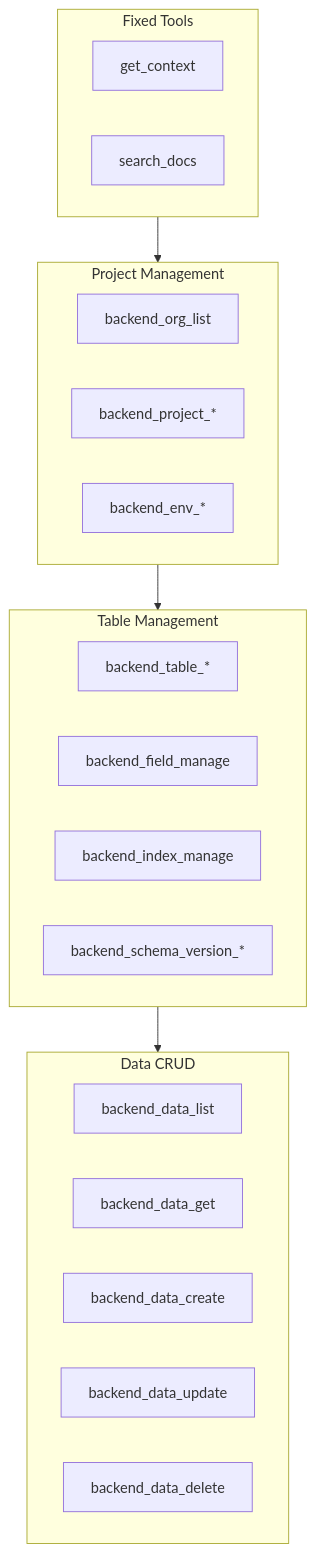
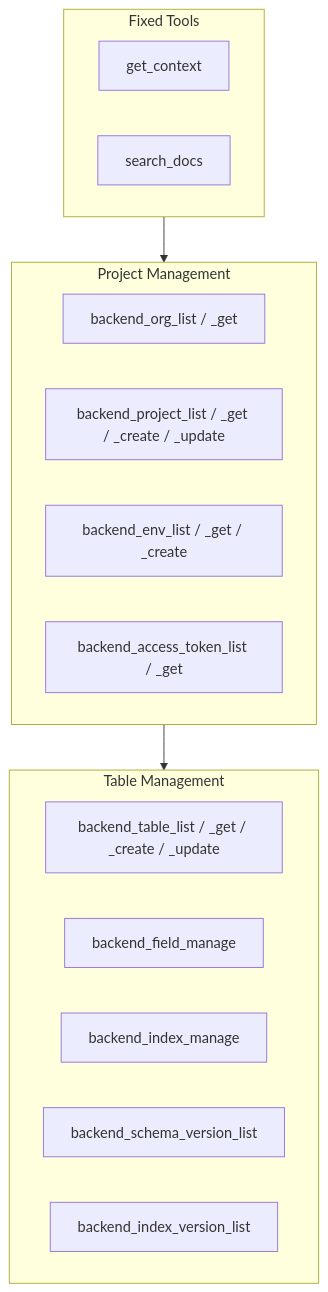
One commit to popup-studio-ai/bkend-docs changed the diagram in en/mcp/01-overview.md. Above: the diagram before and after it, drawn with Mermaid. The commit also changed other lines of this file and 424 other files, not shown here.

````diff
--- a/en/mcp/01-overview.md
+++ b/en/mcp/01-overview.md
@@ -68,32 +72,25 @@
 ```mermaid
 graph TD
     subgraph Fixed["Fixed Tools"]
         A[get_context]
         B[search_docs]
     end
 
     subgraph Project["Project Management"]
-        D[backend_org_list]
-        E[backend_project_*]
-        F[backend_env_*]
+        C[backend_org_list / _get]
+        D[backend_project_list / _get / _create / _update]
+        E[backend_env_list / _get / _create]
+        F[backend_access_token_list / _get]
     end
 
     subgraph Table["Table Management"]
-        G[backend_table_*]
+        G[backend_table_list / _get / _create / _update]
         H[backend_field_manage]
         I[backend_index_manage]
-        J[backend_schema_version_*]
-    end
-
-    subgraph Data["Data CRUD"]
-        K[backend_data_list]
-        L[backend_data_get]
-        M[backend_data_create]
-        N[backend_data_update]
-        O[backend_data_delete]
+        J[backend_schema_version_list]
+        K[backend_index_version_list]
     end
 
     Fixed --> Project
     Project --> Table
-    Table --> Data
 ```
````
